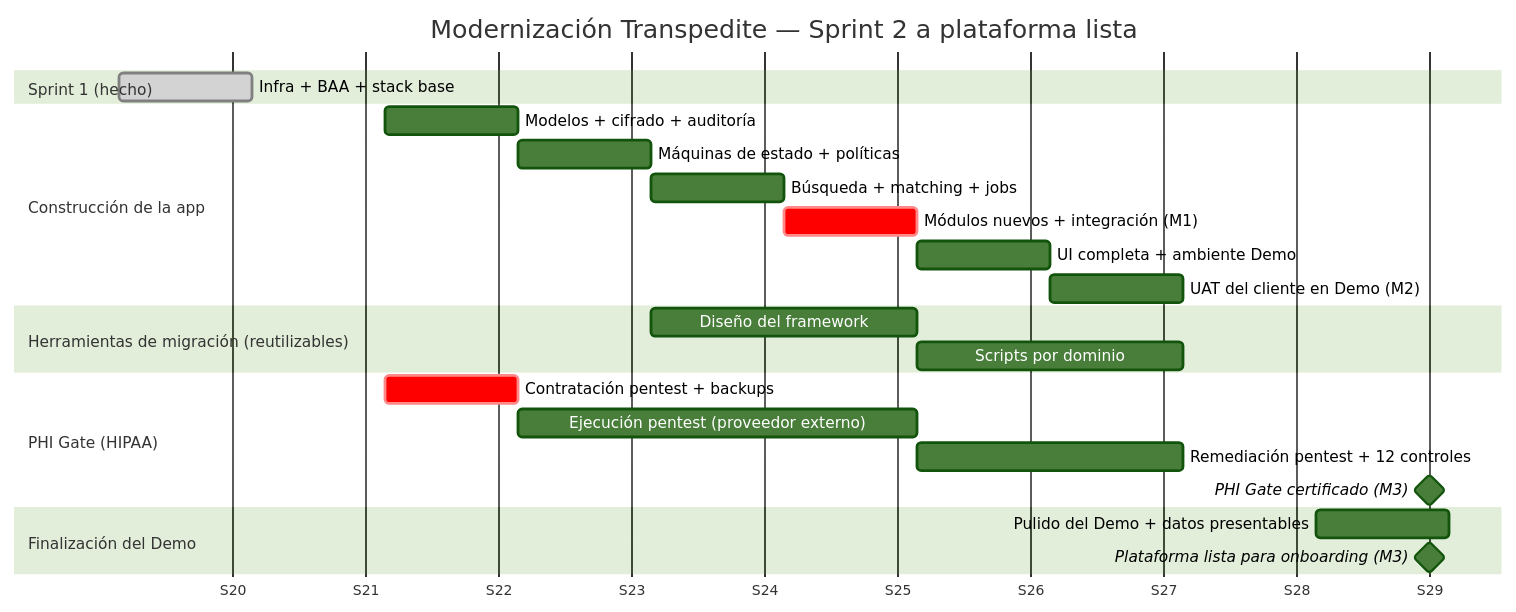
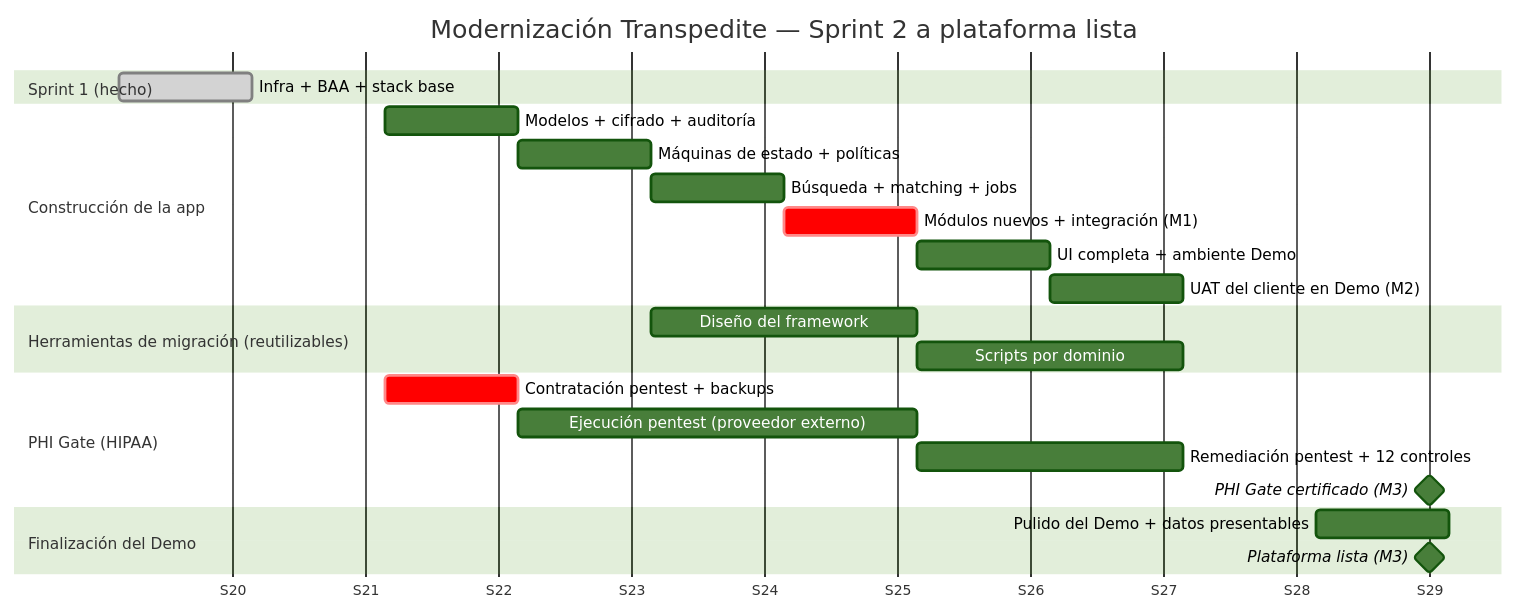
One commit to Tucan-Talent/transpedite-architecture changed the diagram in plan-de-trabajo.md. Above: the diagram before and after it, drawn with Mermaid (forest theme). The commit also changed other lines of this file, not shown here.

````diff
--- a/plan-de-trabajo.md
+++ b/plan-de-trabajo.md
@@ -87,31 +80,31 @@
 ```mermaid
 gantt
     title Modernización Transpedite — Sprint 2 a plataforma lista
     dateFormat YYYY-MM-DD
     axisFormat S%V
 
     section Sprint 1 (hecho)
     Infra + BAA + stack base                 :done, s1, 2026-05-11, 1w
 
     section Construcción de la app
     Modelos + cifrado + auditoría            :a1, 2026-05-25, 1w
     Máquinas de estado + políticas           :a2, after a1, 1w
     Búsqueda + matching + jobs               :a3, after a2, 1w
     Módulos nuevos + integración (M1)        :crit, a4, after a3, 1w
     UI completa + ambiente Demo              :a5, after a4, 1w
     UAT del cliente en Demo (M2)             :a6, after a5, 1w
 
     section Herramientas de migración (reutilizables)
     Diseño del framework                     :b1, 2026-06-08, 2w
     Scripts por dominio                      :b2, after b1, 2w
 
     section PHI Gate (HIPAA)
     Contratación pentest + backups           :crit, c1, 2026-05-25, 1w
     Ejecución pentest (proveedor externo)    :c2, after c1, 3w
     Remediación pentest + 12 controles       :c3, after c2, 2w
     PHI Gate certificado (M3)                :milestone, c4, 2026-07-19, 0d
 
     section Finalización del Demo
     Pulido del Demo + datos presentables     :d1, 2026-07-13, 1w
-    Plataforma lista para onboarding (M3)    :milestone, d2, 2026-07-19, 0d
+    Plataforma lista (M3)                    :milestone, d2, 2026-07-19, 0d
 ```
````
